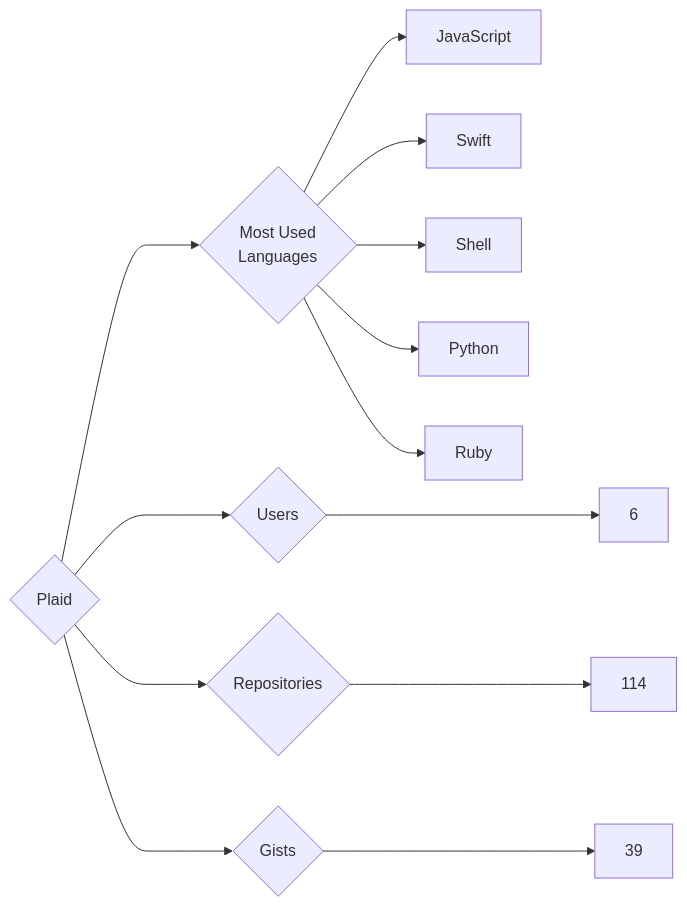
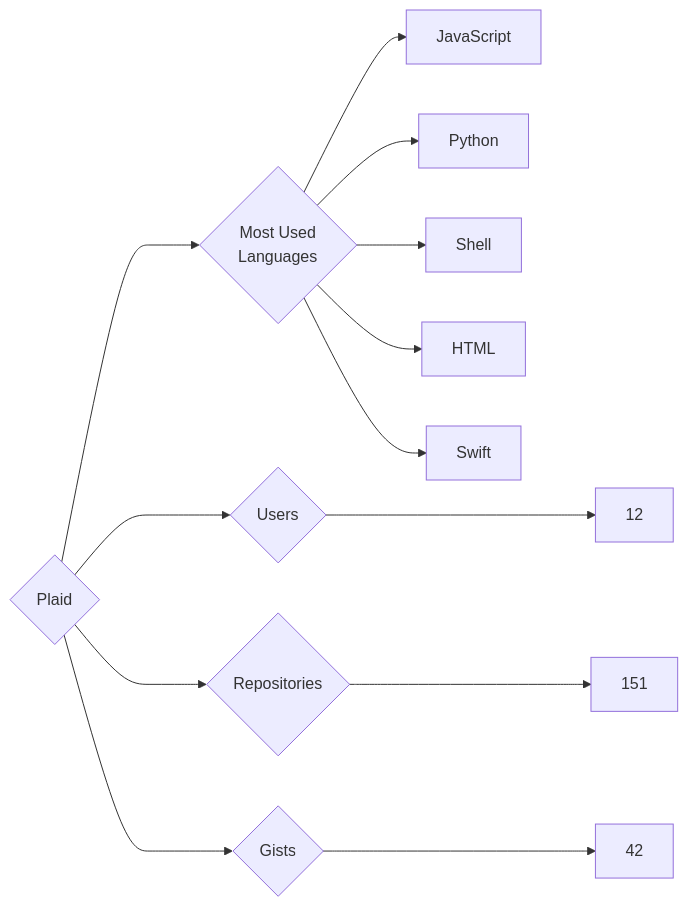
One commit to trickest/insiders changed the diagram in targets/Plaid/README.md. Above: the diagram before and after it, drawn with Mermaid. The commit also changed 1389 other files, not shown here.

````diff
--- a/targets/Plaid/README.md
+++ b/targets/Plaid/README.md
@@ -3,13 +3,13 @@
 ```mermaid
 graph LR
 COMPANY_NAME{Plaid}
-COMPANY_NAME ---> U{Users} ---> UN[6]
-COMPANY_NAME ---> R{Repositories} ---> RN[114]
-COMPANY_NAME ---> G{Gists} ---> GN[39]
+COMPANY_NAME ---> U{Users} ---> UN[12]
+COMPANY_NAME ---> R{Repositories} ---> RN[151]
+COMPANY_NAME ---> G{Gists} ---> GN[42]
 COMPANY_NAME ---> ML{Most Used<br>Languages}
 ML --> JavaScript[JavaScript]
+ML --> Python[Python]
+ML --> Shell[Shell]
+ML --> HTML[HTML]
 ML --> Swift[Swift]
-ML --> Shell[Shell]
-ML --> Python[Python]
-ML --> Ruby[Ruby]
 ```
````
